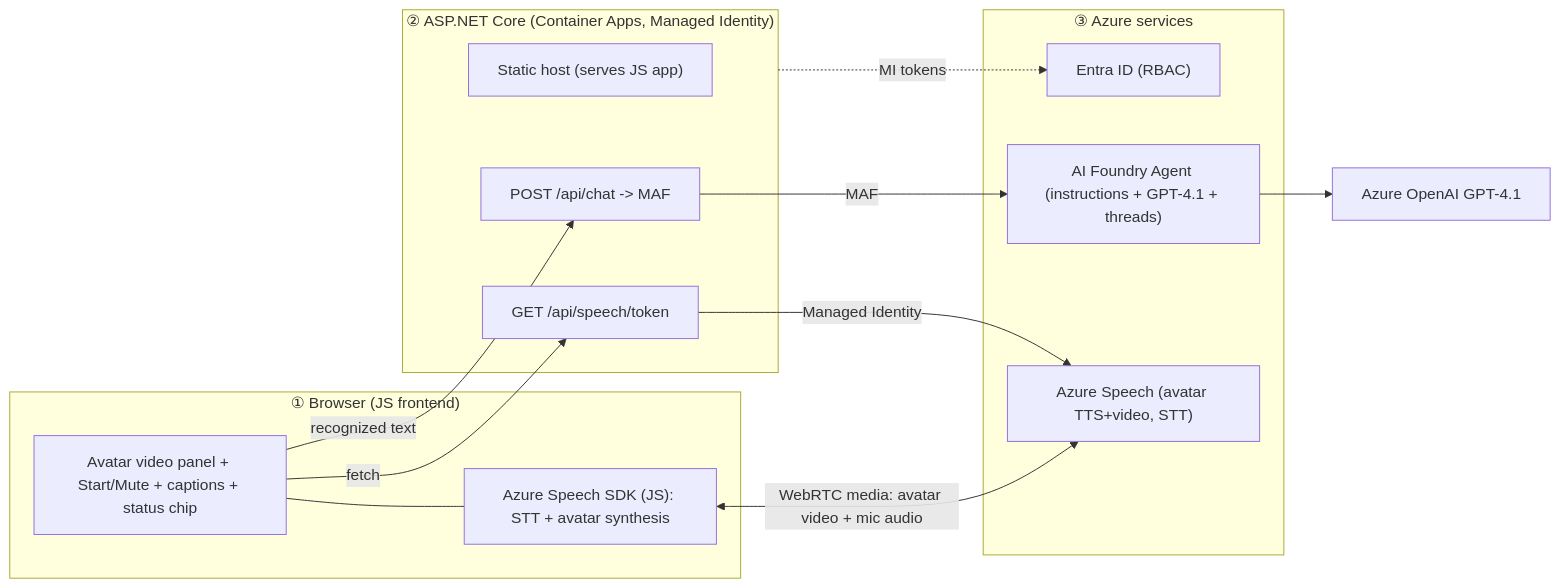
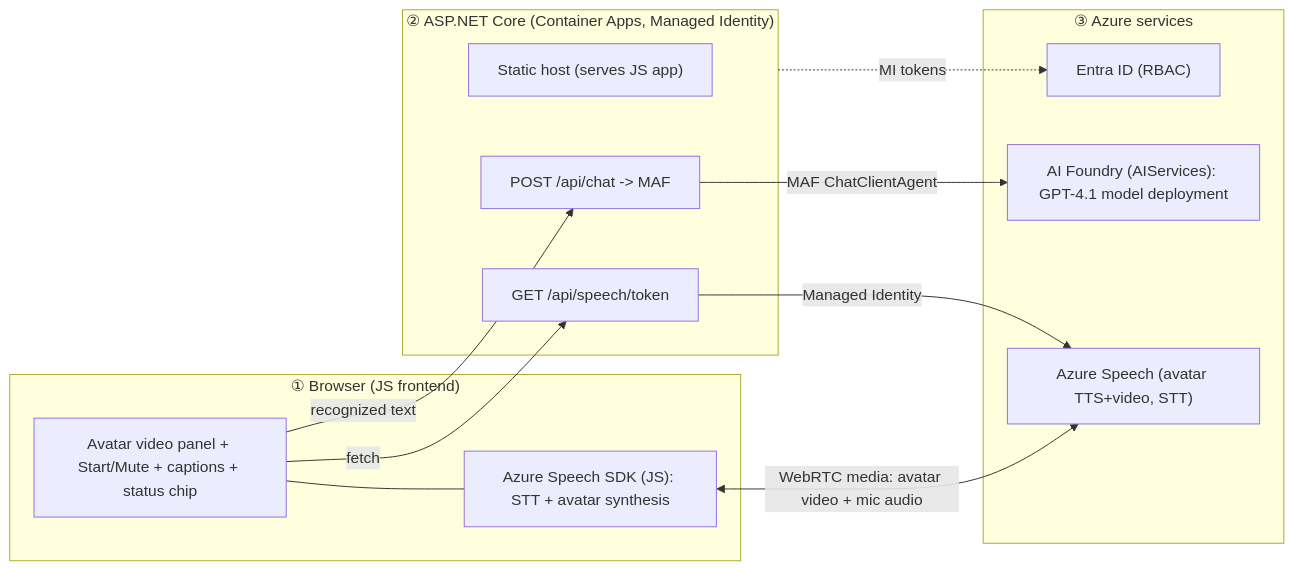
Before and after one commit to JoranBergfeld/azure-speech-avatar: the first of 2 diagrams in docs/superpowers/specs/2026-07-18-azure-speech-avatar-design.md, drawn with Mermaid. The commit also changed other lines of this file, not shown here.

First line of the commit message:
docs: refine agent host to in-process MAF ChatClientAgent

````diff
--- a/docs/superpowers/specs/2026-07-18-azure-speech-avatar-design.md
+++ b/docs/superpowers/specs/2026-07-18-azure-speech-avatar-design.md
@@ -53,26 +53,25 @@
 ```mermaid
 flowchart LR
     subgraph Browser["① Browser (JS frontend)"]
         UI["Avatar video panel + Start/Mute + captions + status chip"]
         SDK["Azure Speech SDK (JS): STT + avatar synthesis"]
     end
     subgraph Backend["② ASP.NET Core (Container Apps, Managed Identity)"]
         Static["Static host (serves JS app)"]
         Token["GET /api/speech/token"]
         Chat["POST /api/chat -> MAF"]
     end
     subgraph Azure["③ Azure services"]
-        Foundry["AI Foundry Agent (instructions + GPT-4.1 + threads)"]
+        Foundry["AI Foundry (AIServices): GPT-4.1 model deployment"]
         Speech["Azure Speech (avatar TTS+video, STT)"]
         Entra["Entra ID (RBAC)"]
     end
 
     UI --- SDK
     SDK <-->|WebRTC media: avatar video + mic audio| Speech
     UI -->|fetch| Token
     UI -->|recognized text| Chat
     Token -->|Managed Identity| Speech
-    Chat -->|MAF| Foundry
-    Foundry --> AOAI["Azure OpenAI GPT-4.1"]
+    Chat -->|MAF ChatClientAgent| Foundry
     Backend -.->|MI tokens| Entra
 ```
````
